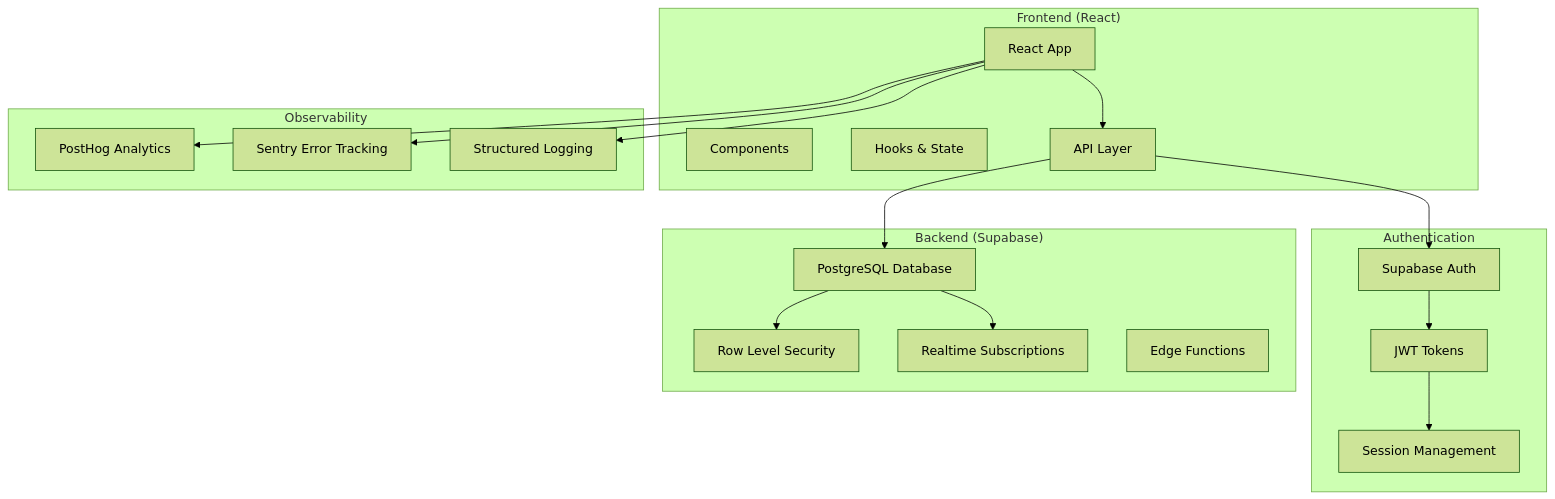
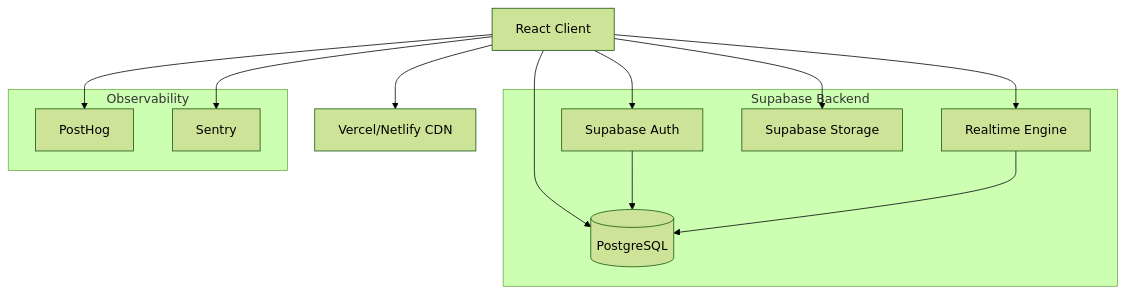
Before and after one commit to maximegiguere1one/eos-growth-orchestrator: the first of 2 diagrams in docs/ARCHITECTURE.md, drawn with Mermaid (forest theme). The commit also changed other lines of this file and 19 other files, not shown here.

````diff
--- a/docs/ARCHITECTURE.md
+++ b/docs/ARCHITECTURE.md
@@ -10,39 +6,34 @@
 ```mermaid
 graph TB
-    subgraph "Frontend (React)"
-        A[React App] 
-        B[Components]
-        C[Hooks & State]
-        D[API Layer]
-    end
+    Client[React Client]
+    CDN[Vercel/Netlify CDN]
+    Auth[Supabase Auth]
+    DB[(PostgreSQL)]
+    RT[Realtime Engine]
+    Storage[Supabase Storage]
+    Analytics[PostHog]
+    Errors[Sentry]
     
-    subgraph "Authentication"
-        E[Supabase Auth]
-        F[JWT Tokens]
-        G[Session Management]
-    end
+    Client --> CDN
+    Client --> Auth
+    Client --> DB
+    Client --> RT
+    Client --> Storage
+    Client --> Analytics
+    Client --> Errors
     
-    subgraph "Backend (Supabase)"
-        H[PostgreSQL Database]
-        I[Row Level Security]
-        J[Realtime Subscriptions]
-        K[Edge Functions]
+    Auth --> DB
+    RT --> DB
+    
+    subgraph "Supabase Backend"
+        Auth
+        DB
+        RT
+        Storage
     end
     
     subgraph "Observability"
-        L[PostHog Analytics]
-        M[Sentry Error Tracking]
-        N[Structured Logging]
+        Analytics
+        Errors
     end
-    
-    A --> D
-    D --> E
-    D --> H
-    E --> F
-    F --> G
-    H --> I
-    H --> J
-    A --> L
-    A --> M
-    A --> N
 ```
````
